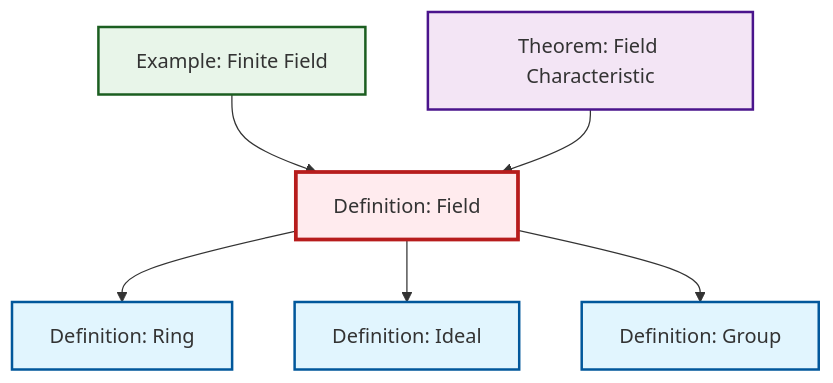
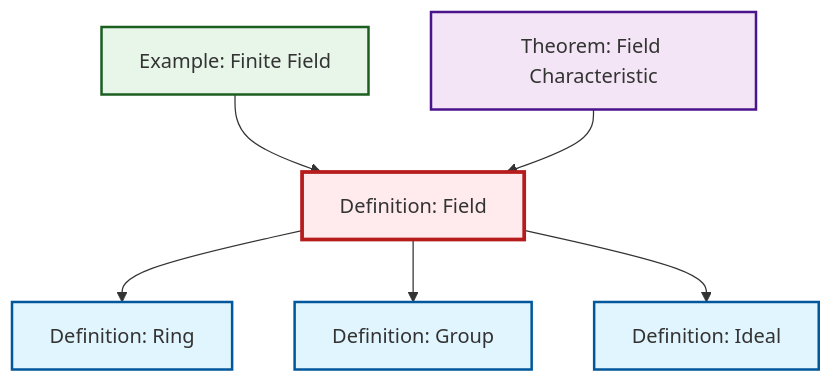
One commit to RK0429/ModernMath changed the diagram in content/en/algebra/def-field.qmd. Above: the diagram before and after it, drawn with Mermaid. The commit also changed other lines of this file and 417 other files, not shown here.

````diff
--- a/content/en/algebra/def-field.qmd
+++ b/content/en/algebra/def-field.qmd
@@ -53,26 +53,26 @@
 ```{mermaid}
 %%| fig-cap: "Local dependency graph"
 graph TD
     classDef definition fill:#e1f5fe,stroke:#01579b,stroke-width:2px
     classDef theorem fill:#f3e5f5,stroke:#4a148c,stroke-width:2px
     classDef axiom fill:#fff3e0,stroke:#e65100,stroke-width:2px
     classDef example fill:#e8f5e9,stroke:#1b5e20,stroke-width:2px
     classDef current fill:#ffebee,stroke:#b71c1c,stroke-width:3px
-    def-ideal["Definition: Ideal"]:::definition
     ex-finite-field["Example: Finite Field"]:::example
-    def-group["Definition: Group"]:::definition
     def-field["Definition: Field"]:::definition
     thm-field-characteristic["Theorem: Field Characteristic"]:::theorem
+    def-ideal["Definition: Ideal"]:::definition
+    def-group["Definition: Group"]:::definition
     def-ring["Definition: Ring"]:::definition
     def-field --> def-ring
     ex-finite-field --> def-field
+    def-field --> def-group
     def-field --> def-ideal
-    def-field --> def-group
     thm-field-characteristic --> def-field
     class def-field current
+    click ex-finite-field "ex-finite-field.html" "Go to Finite Field example"
+    click thm-field-characteristic "thm-field-characteristic.html" "Go to Field Characteristic theorem"
     click def-ideal "def-ideal.html" "Go to Ideal definition"
-    click ex-finite-field "ex-finite-field.html" "Go to Finite Field example"
     click def-group "def-group.html" "Go to Group definition"
-    click thm-field-characteristic "thm-field-characteristic.html" "Go to Field Characteristic theorem"
     click def-ring "def-ring.html" "Go to Ring definition"
 ```
````
